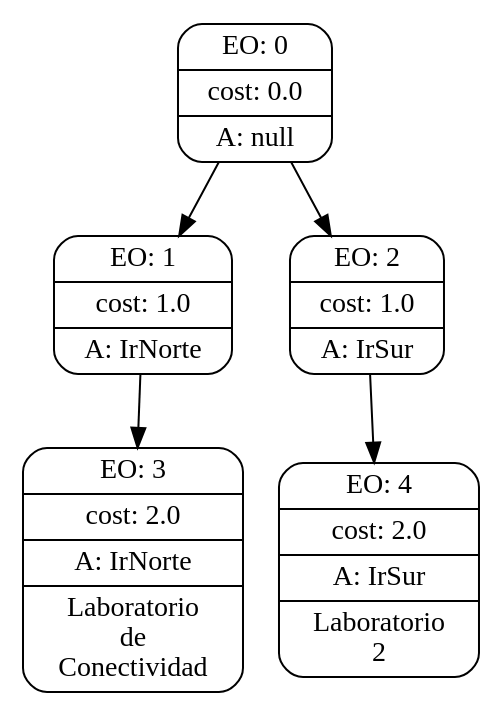
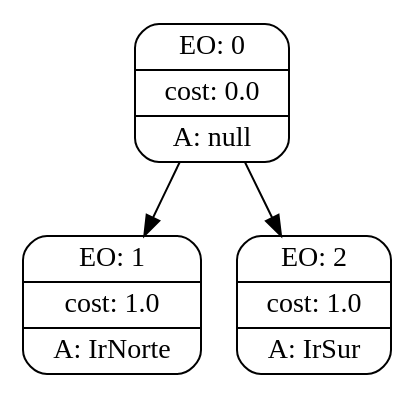
One commit to SofiLo/InteligenciaArtificial changed the diagram in agente/searchGVTrees/9.dot. Above: the diagram before and after it, drawn with Graphviz. The commit also changed 336 other files, not shown here.

```diff
--- a/agente/searchGVTrees/9.dot
+++ b/agente/searchGVTrees/9.dot
@@ -1,18 +1,12 @@
 digraph g {
 node [shape = Mrecord];
 nodo0[label="{EO: 0|cost: 0.0|A: null}"]
 nodo1[label="{EO: 1|cost: 1.0|A: IrNorte}"]
-nodo3[label="{EO: 3|cost: 2.0|A: IrNorte|Laboratorio\nde\nConectividad}"]
-
-nodo1 -> nodo3;
 
 nodo0 -> nodo1;
 nodo2[label="{EO: 2|cost: 1.0|A: IrSur}"]
-nodo4[label="{EO: 4|cost: 2.0|A: IrSur|Laboratorio\n2}"]
-
-nodo2 -> nodo4;
 
 nodo0 -> nodo2;
 
 
 }
```
